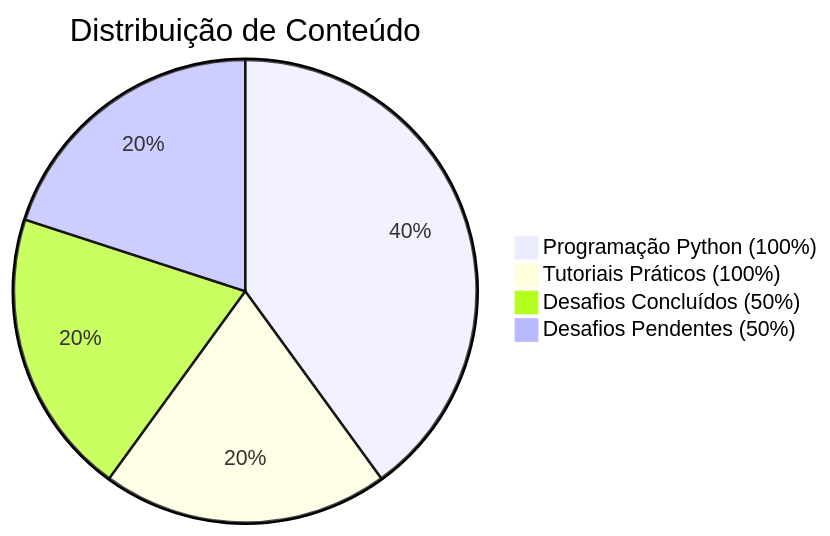
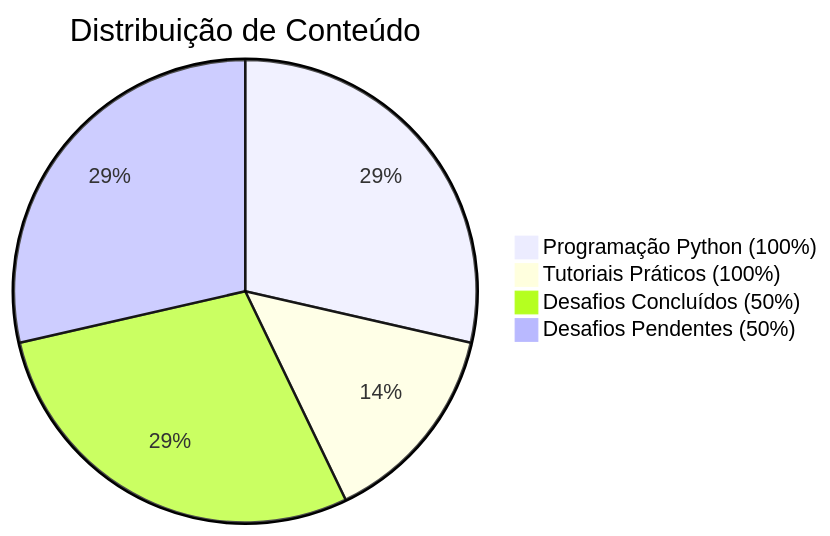
Before and after one commit to ThiagoMaria-SecurityIT/Bootcamp_DIO_e_Santander-Ciberseguran-a_2025: the diagram in README.md, drawn with Mermaid. The commit also changed other lines of this file, not shown here.

````diff
--- a/README.md
+++ b/README.md
@@ -34,7 +36,7 @@
 ```mermaid
   pie title Distribuição de Conteúdo
     "Programação Python (100%)" : 2
     "Tutoriais Práticos (100%)" : 1
-    "Desafios Concluídos (50%)" : 1
-    "Desafios Pendentes (50%)" : 1
+    "Desafios Concluídos (50%)" : 2
+    "Desafios Pendentes (50%)" : 2
 ```
````
